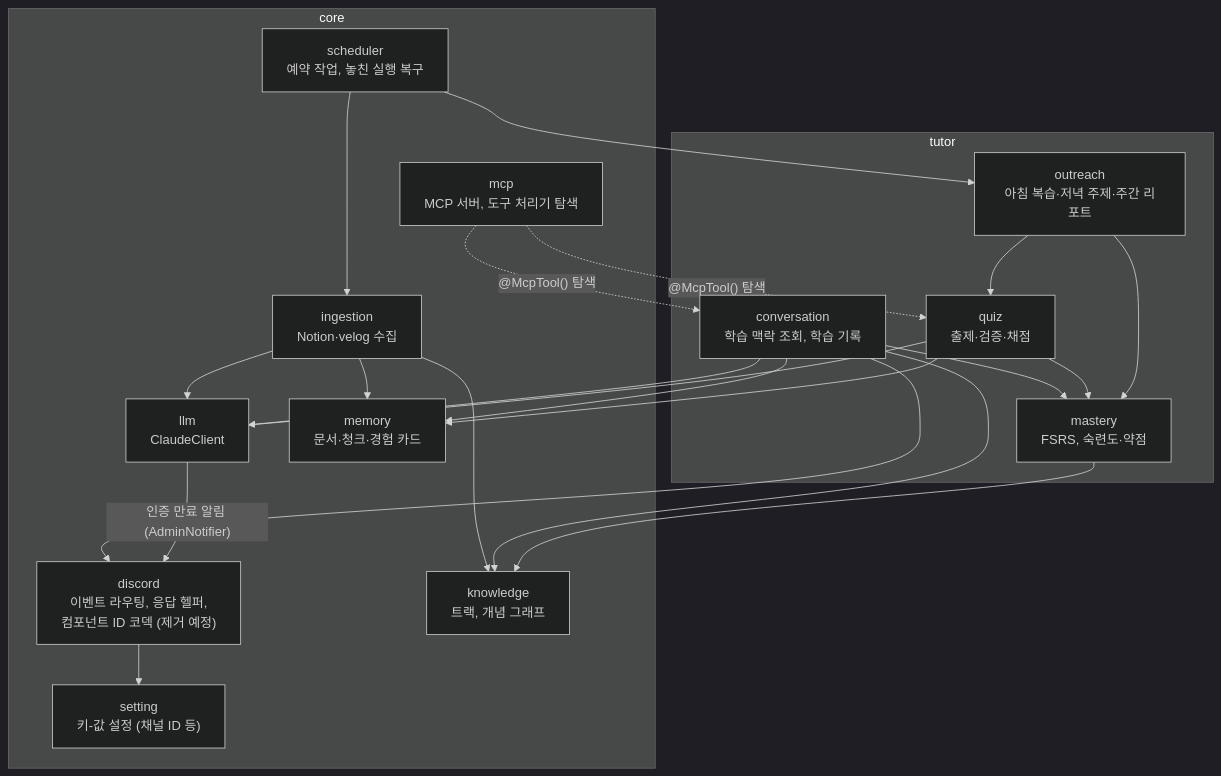
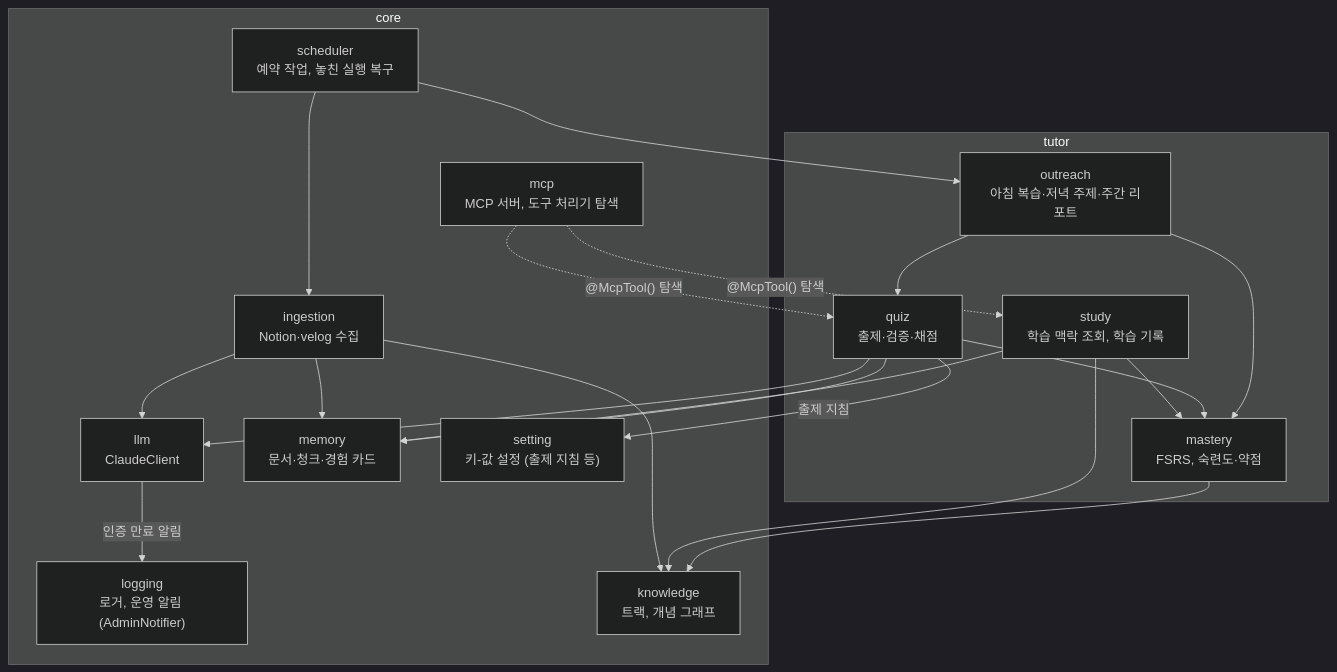
One commit to Wonchang0314/growth-assistant changed the diagram in docs/architecture/c4-3-component.md. Above: the diagram before and after it, drawn with Mermaid (dark theme). The commit also changed other lines of this file and 83 other files, not shown here.

First line of the commit message:
feat: 튜터 지침(MCP instructions) 추가, Discord 코드 제거, quiz 레이어 폴더 시도 결정 (ADR-0020)

````diff
--- a/docs/architecture/c4-3-component.md
+++ b/docs/architecture/c4-3-component.md
@@ -5,45 +5,43 @@
 ```mermaid
 flowchart TB
     subgraph core
         mcp["mcp<br/>MCP 서버, 도구 처리기 탐색"]
-        discordGw["discord<br/>이벤트 라우팅, 응답 헬퍼,<br/>컴포넌트 ID 코덱 (제거 예정)"]
         llm["llm<br/>ClaudeClient"]
+        logging["logging<br/>로거, 운영 알림 (AdminNotifier)"]
         memory["memory<br/>문서·청크·경험 카드"]
         knowledge["knowledge<br/>트랙, 개념 그래프"]
         ingestion["ingestion<br/>Notion·velog 수집"]
         scheduler["scheduler<br/>예약 작업, 놓친 실행 복구"]
-        setting["setting<br/>키-값 설정 (채널 ID 등)"]
+        setting["setting<br/>키-값 설정 (출제 지침 등)"]
     end
 
     subgraph tutor
-        conversation["conversation<br/>학습 맥락 조회, 학습 기록"]
+        study["study<br/>학습 맥락 조회, 학습 기록"]
         quiz["quiz<br/>출제·검증·채점"]
         mastery["mastery<br/>FSRS, 숙련도·약점"]
         outreach["outreach<br/>아침 복습·저녁 주제·주간 리포트"]
     end
 
-    mcp -.->|"@McpTool() 탐색"| conversation
+    mcp -.->|"@McpTool() 탐색"| study
     mcp -.->|"@McpTool() 탐색"| quiz
-    conversation --> discordGw
     scheduler --> outreach
     scheduler --> ingestion
-    discordGw --> setting
-    llm -->|"인증 만료 알림 (AdminNotifier)"| discordGw
+    llm -->|"인증 만료 알림"| logging
+    quiz -->|"출제 지침"| setting
 
     ingestion --> llm
     ingestion --> memory
     ingestion --> knowledge
 
-    conversation --> llm
-    conversation --> memory
-    conversation --> knowledge
-    conversation --> mastery
+    study --> memory
+    study --> knowledge
+    study --> mastery
 
     quiz --> llm
     quiz --> mastery
     quiz --> memory
 
     mastery --> knowledge
     outreach --> quiz
     outreach --> mastery
 ```
````
